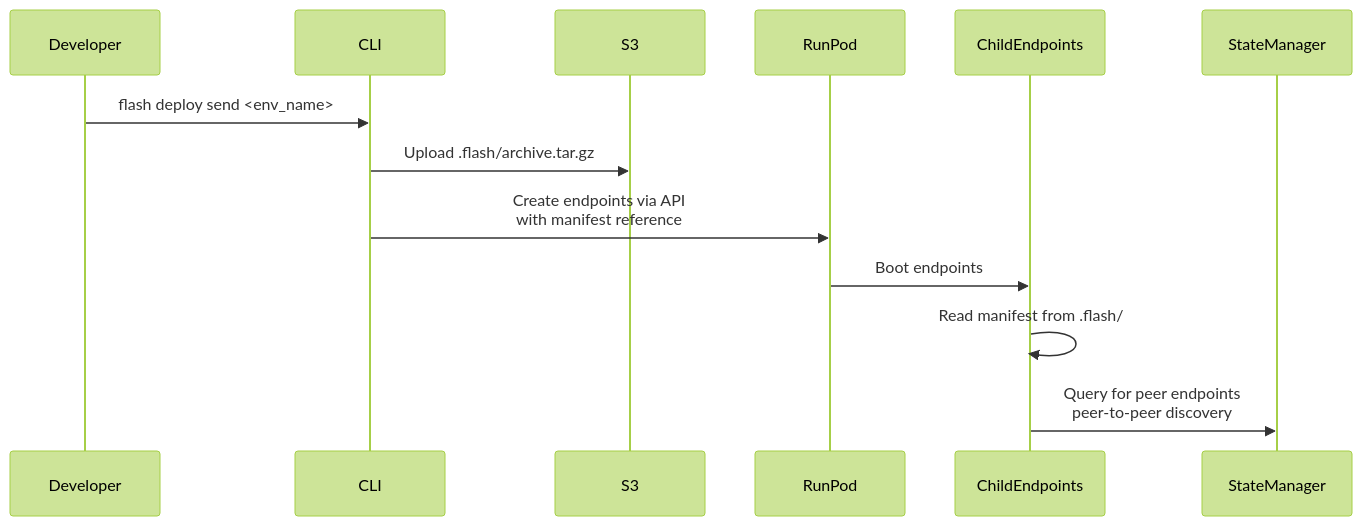
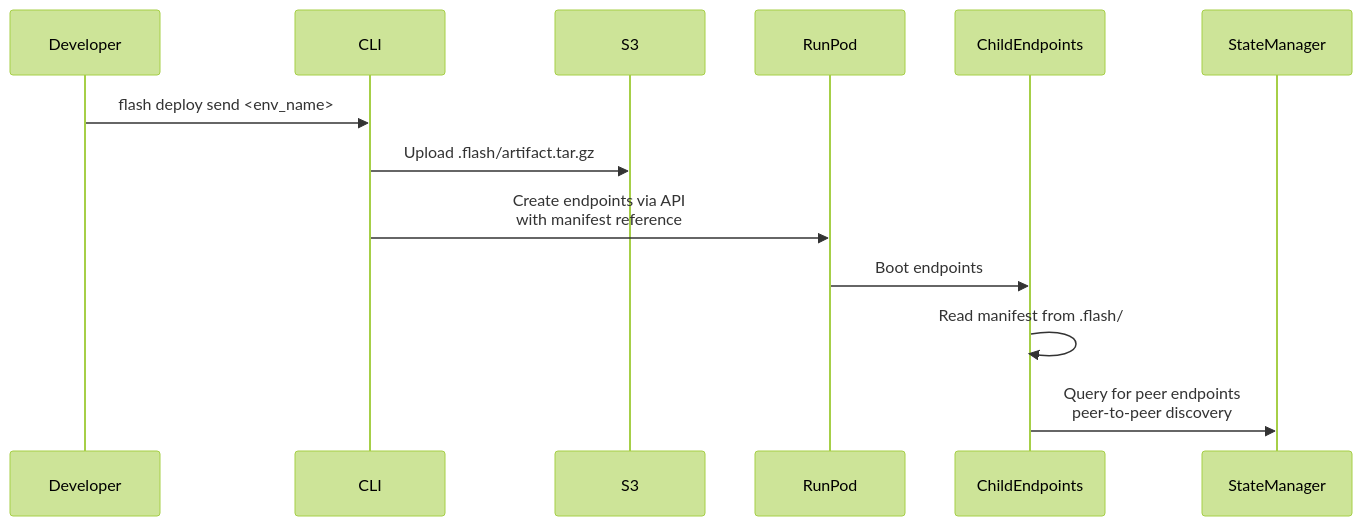
The third of 9 diagrams in docs/Flash_Deploy_Guide.md (runpod/tetra-rp), drawn with Mermaid (forest theme) before and after one commit. The commit also changed other lines of this file and 9 other files, not shown here.

First line of the commit message:
refactor: rename archive.tar.gz to artifact.tar.gz (#170)

````diff
--- a/docs/Flash_Deploy_Guide.md
+++ b/docs/Flash_Deploy_Guide.md
@@ -264,9 +264,9 @@
 ```mermaid
 sequenceDiagram
     Developer->>CLI: flash deploy send <env_name>
-    CLI->>S3: Upload .flash/archive.tar.gz
+    CLI->>S3: Upload .flash/artifact.tar.gz
     CLI->>RunPod: Create endpoints via API<br/>with manifest reference
     RunPod->>ChildEndpoints: Boot endpoints
     ChildEndpoints->>ChildEndpoints: Read manifest from .flash/
     ChildEndpoints->>StateManager: Query for peer endpoints<br/>peer-to-peer discovery
 ```
````
